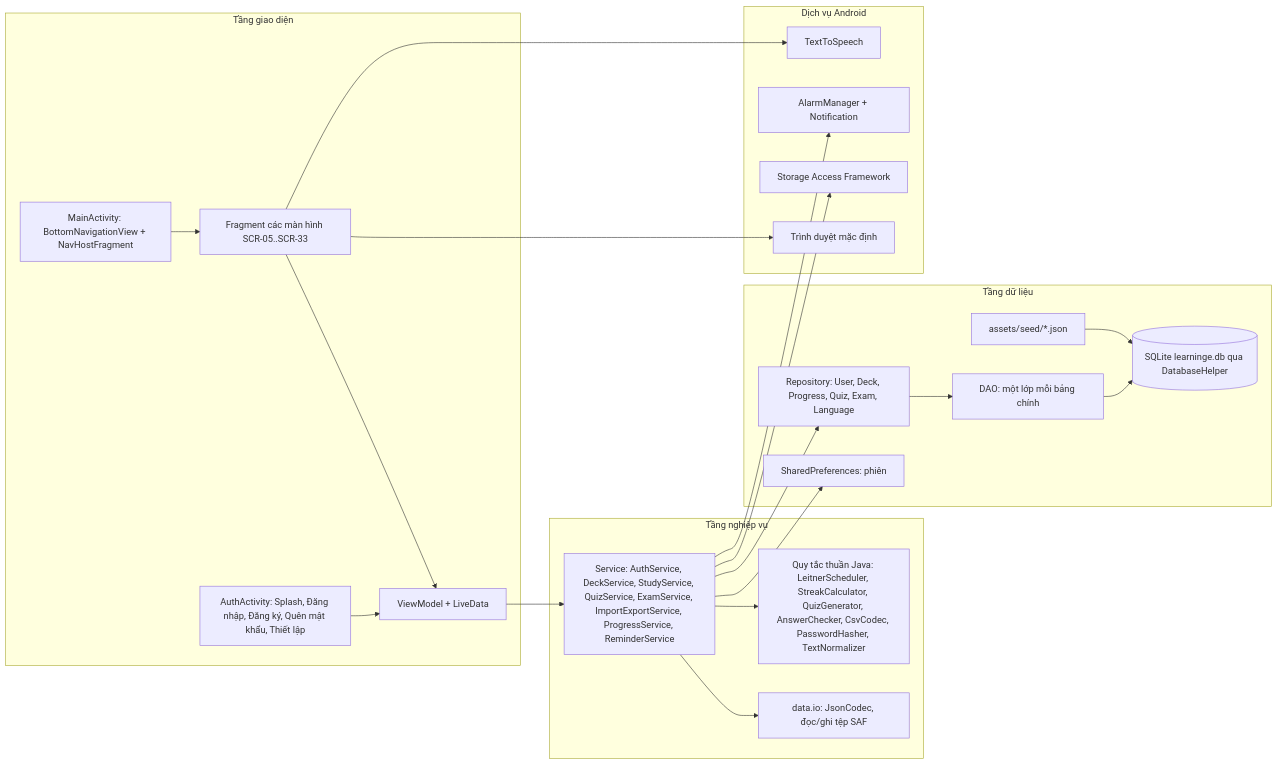
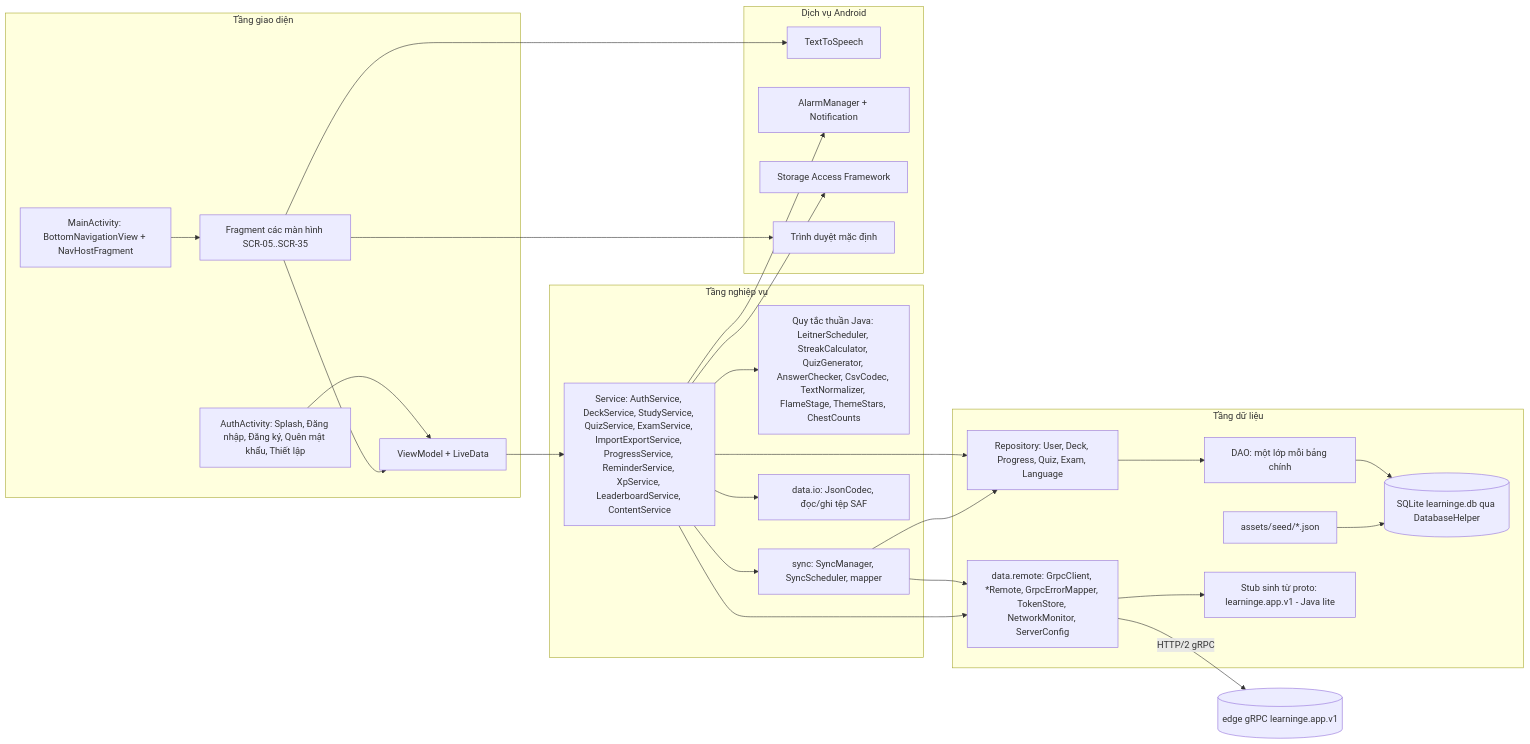
The fourth of 10 diagrams in docs/engineering/SYSTEM-BLUEPRINT.md (at1308033-sketch/LearningE_app), drawn with Mermaid before and after one commit. The commit also changed other lines of this file and 302 other files, not shown here.

````diff
--- a/docs/engineering/SYSTEM-BLUEPRINT.md
+++ b/docs/engineering/SYSTEM-BLUEPRINT.md
@@ -77,38 +152,44 @@
 ```mermaid
 flowchart LR
-  subgraph UI[Tầng giao diện]
-    AA[AuthActivity: Splash, Đăng nhập, Đăng ký, Quên mật khẩu, Thiết lập]
-    MA[MainActivity: BottomNavigationView + NavHostFragment]
-    FR[Fragment các màn hình SCR-05..SCR-33]
-    VM[ViewModel + LiveData]
+  subgraph UIL["Tầng giao diện"]
+    AA["AuthActivity: Splash, Đăng nhập, Đăng ký, Quên mật khẩu, Thiết lập"]
+    MA["MainActivity: BottomNavigationView + NavHostFragment"]
+    FR["Fragment các màn hình SCR-05..SCR-35"]
+    VM["ViewModel + LiveData"]
   end
-  subgraph DOMAIN[Tầng nghiệp vụ]
-    SVC[Service: AuthService, DeckService, StudyService, QuizService, ExamService, ImportExportService, ProgressService, ReminderService]
-    RULE[Quy tắc thuần Java: LeitnerScheduler, StreakCalculator, QuizGenerator, AnswerChecker, CsvCodec, PasswordHasher, TextNormalizer]
-    IO[data.io: JsonCodec, đọc/ghi tệp SAF]
+  subgraph DOMAIN["Tầng nghiệp vụ"]
+    SVC["Service: AuthService, DeckService, StudyService, QuizService, ExamService, ImportExportService, ProgressService, ReminderService, XpService, LeaderboardService, ContentService"]
+    RULE["Quy tắc thuần Java: LeitnerScheduler, StreakCalculator, QuizGenerator, AnswerChecker, CsvCodec, TextNormalizer, FlameStage, ThemeStars, ChestCounts"]
+    SYNCP["sync: SyncManager, SyncScheduler, mapper"]
+    IO["data.io: JsonCodec, đọc/ghi tệp SAF"]
   end
-  subgraph DATA[Tầng dữ liệu]
-    REPO[Repository: User, Deck, Progress, Quiz, Exam, Language]
-    DAO[DAO: một lớp mỗi bảng chính]
-    DB[(SQLite learninge.db qua DatabaseHelper)]
-    SEED[assets/seed/*.json]
-    PREF[SharedPreferences: phiên]
+  subgraph DATA["Tầng dữ liệu"]
+    REPO["Repository: User, Deck, Progress, Quiz, Exam, Language"]
+    DAO["DAO: một lớp mỗi bảng chính"]
+    DB[("SQLite learninge.db qua DatabaseHelper")]
+    SEED["assets/seed/*.json"]
+    REMOTE["data.remote: GrpcClient, *Remote, GrpcErrorMapper, TokenStore, NetworkMonitor, ServerConfig"]
+    STUB["Stub sinh từ proto: learninge.app.v1 - Java lite"]
   end
-  subgraph OS[Dịch vụ Android]
+  subgraph OS["Dịch vụ Android"]
     TTS[TextToSpeech]
-    AL[AlarmManager + Notification]
-    SAF[Storage Access Framework]
-    BR[Trình duyệt mặc định]
+    AL["AlarmManager + Notification"]
+    SAF["Storage Access Framework"]
+    BR["Trình duyệt mặc định"]
   end
+  EDGE[("edge gRPC learninge.app.v1")]
   AA --> VM
   MA --> FR --> VM --> SVC
   SVC --> RULE
   SVC --> REPO --> DAO --> DB
   SEED --> DB
-  SVC --> PREF
+  SVC --> SYNCP --> REMOTE
+  SYNCP --> REPO
+  SVC --> REMOTE --> STUB
+  REMOTE -->|HTTP/2 gRPC| EDGE
   FR --> TTS
   SVC --> AL
   SVC --> SAF
   SVC --> IO
   FR --> BR
 ```
````
